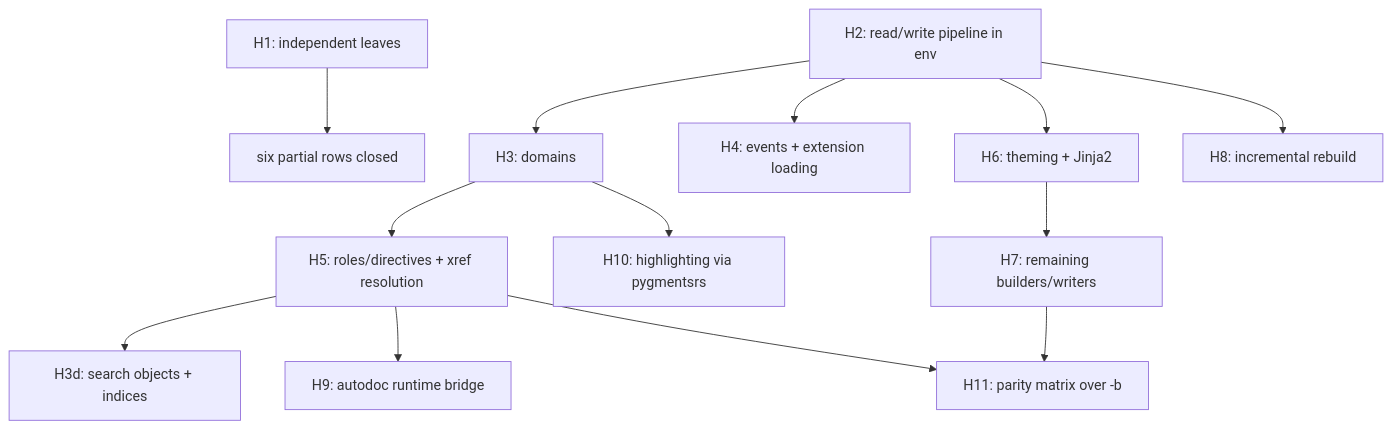
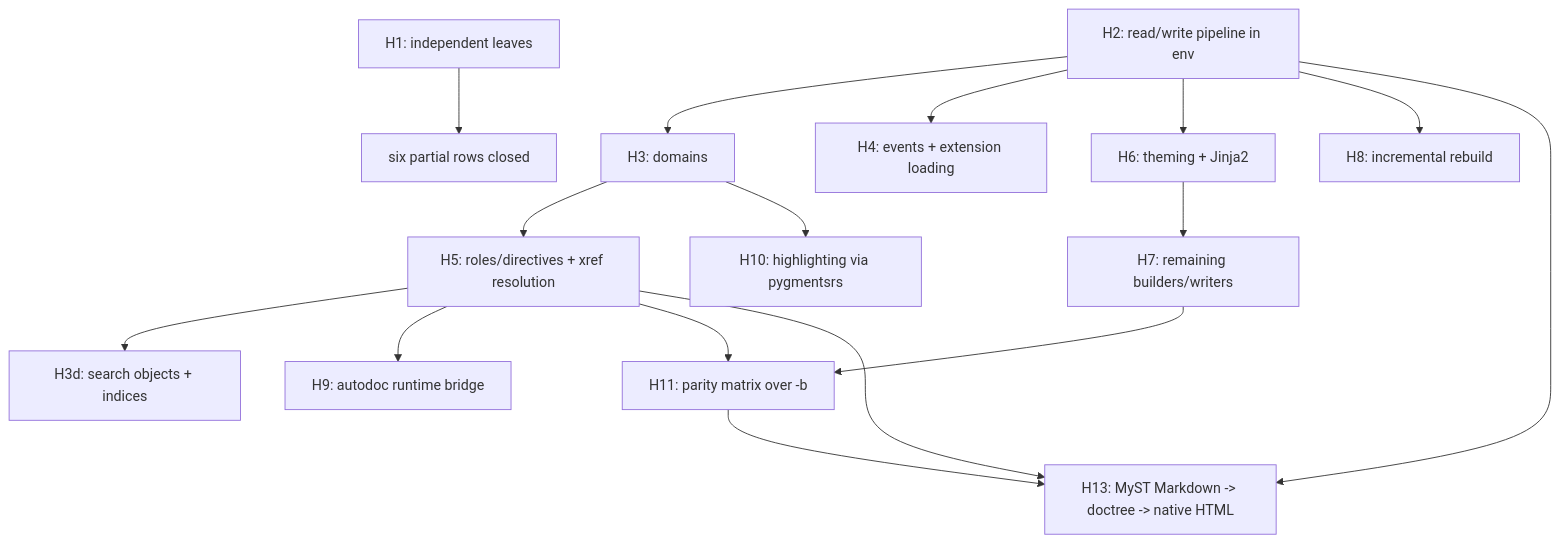
One commit to westurner/dsport changed the diagram in docs/sphinxdocrs-port-plan.md. Above: the diagram before and after it, drawn with Mermaid. The commit also changed other lines of this file and 4 other files, not shown here.

````diff
--- a/docs/sphinxdocrs-port-plan.md
+++ b/docs/sphinxdocrs-port-plan.md
@@ -406,15 +407,18 @@
 ```mermaid
 graph TD
     H1[H1: independent leaves] --> LEAF[six partial rows closed]
     H2[H2: read/write pipeline in env] --> H3[H3: domains]
     H2 --> H4[H4: events + extension loading]
     H2 --> H6[H6: theming + Jinja2]
     H2 --> H8[H8: incremental rebuild]
     H3 --> H5[H5: roles/directives + xref resolution]
     H5 --> H3d[H3d: search objects + indices]
     H5 --> H9[H9: autodoc runtime bridge]
     H6 --> H7[H7: remaining builders/writers]
     H3 --> H10[H10: highlighting via pygmentsrs]
     H7 --> H11[H11: parity matrix over -b]
     H5 --> H11
+    H2 --> H13[H13: MyST Markdown -> doctree -> native HTML]
+    H5 --> H13
+    H11 --> H13
 ```
````
